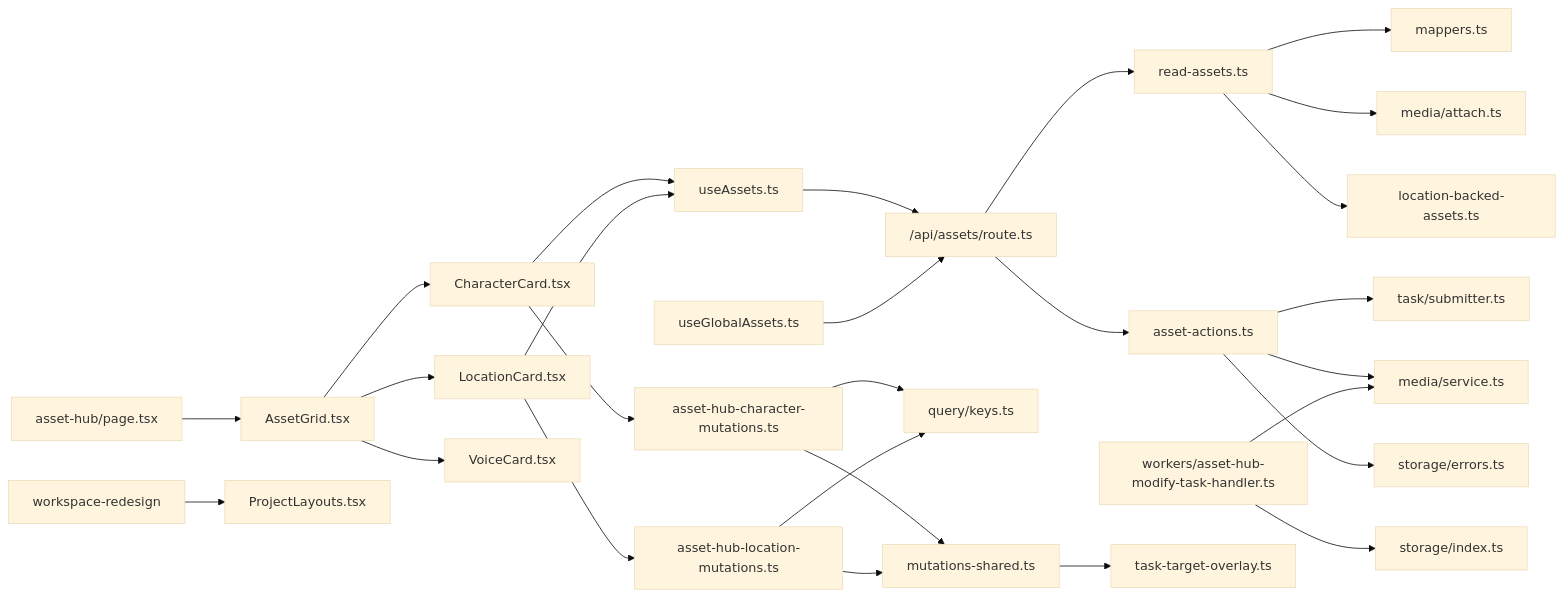
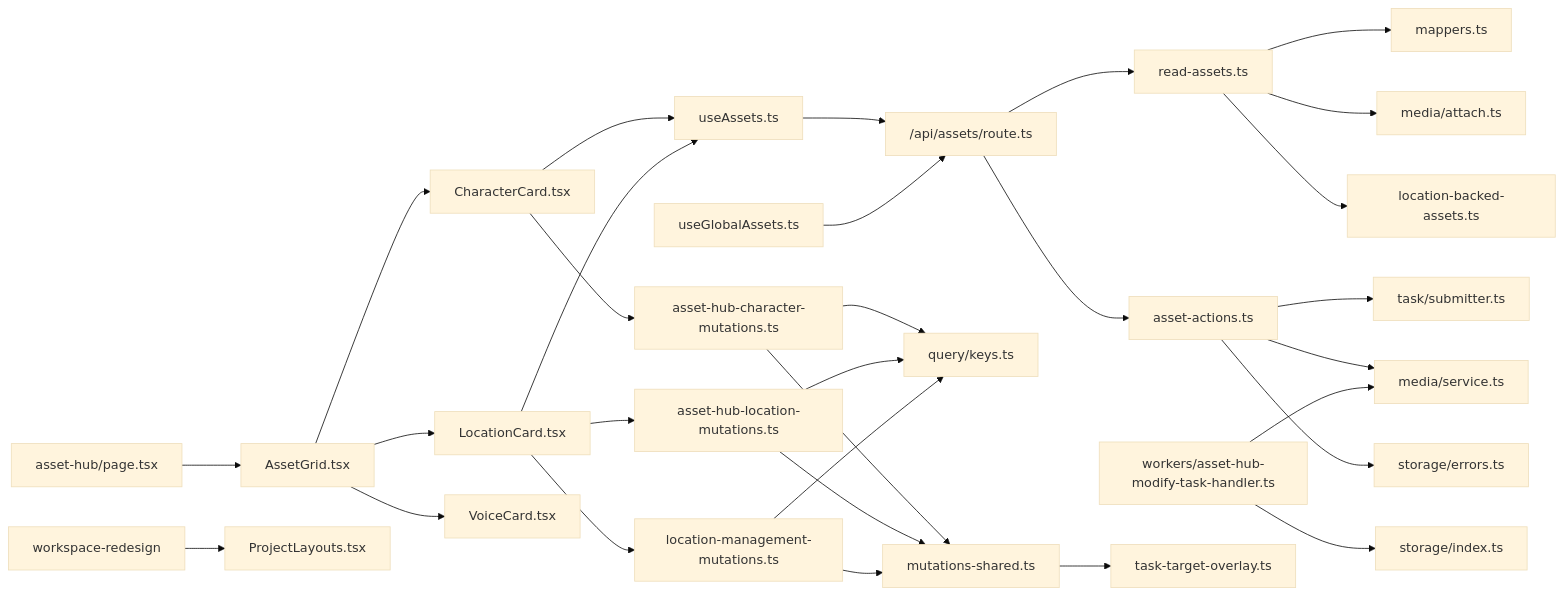
One commit to lyl2021/waoowaoo changed diagram 11 of 11 in .qoder/repowiki/zh/content/资产管理/资产管理.md. Above: the diagram before and after it, drawn with Mermaid (base theme). The commit also changed other lines of this file and 41 other files, not shown here.

````diff
--- a/.qoder/repowiki/zh/content/资产管理/资产管理.md
+++ b/.qoder/repowiki/zh/content/资产管理/资产管理.md
@@ -702,29 +773,32 @@
 ```mermaid
 graph LR
 Read["read-assets.ts"] --> Mappers["mappers.ts"]
 Read --> Attach["media/attach.ts"]
 Read --> LocBacked["location-backed-assets.ts"]
 Actions["asset-actions.ts"] --> Task["task/submitter.ts"]
 Actions --> MediaSvc["media/service.ts"]
 Actions --> StorageErr["storage/errors.ts"]
 API["/api/assets/route.ts"] --> Read
 API --> Actions
 Hooks["useAssets.ts"] --> API
 HooksG["useGlobalAssets.ts"] --> API
 Worker["workers/asset-hub-modify-task-handler.ts"] --> MediaSvc
 Worker --> Storage["storage/index.ts"]
 AssetHub["asset-hub/page.tsx"] --> AssetGrid["AssetGrid.tsx"]
 AssetGrid --> CharacterCard["CharacterCard.tsx"]
 AssetGrid --> LocationCard["LocationCard.tsx"]
 AssetGrid --> VoiceCard["VoiceCard.tsx"]
 CharacterCard --> Hooks
 LocationCard --> Hooks
 CharacterCard --> Mutations["asset-hub-character-mutations.ts"]
 LocationCard --> Mutations2["asset-hub-location-mutations.ts"]
+LocationCard --> LocationManagement["location-management-mutations.ts"]
 Mutations --> Keys["query/keys.ts"]
 Mutations2 --> Keys
+LocationManagement --> Keys
 Mutations --> Shared["mutations-shared.ts"]
 Mutations2 --> Shared
+LocationManagement --> Shared
 Shared --> Overlay["task-target-overlay.ts"]
 WorkspaceRedesign["workspace-redesign"] --> ProjectLayouts["ProjectLayouts.tsx"]
 ```
````
